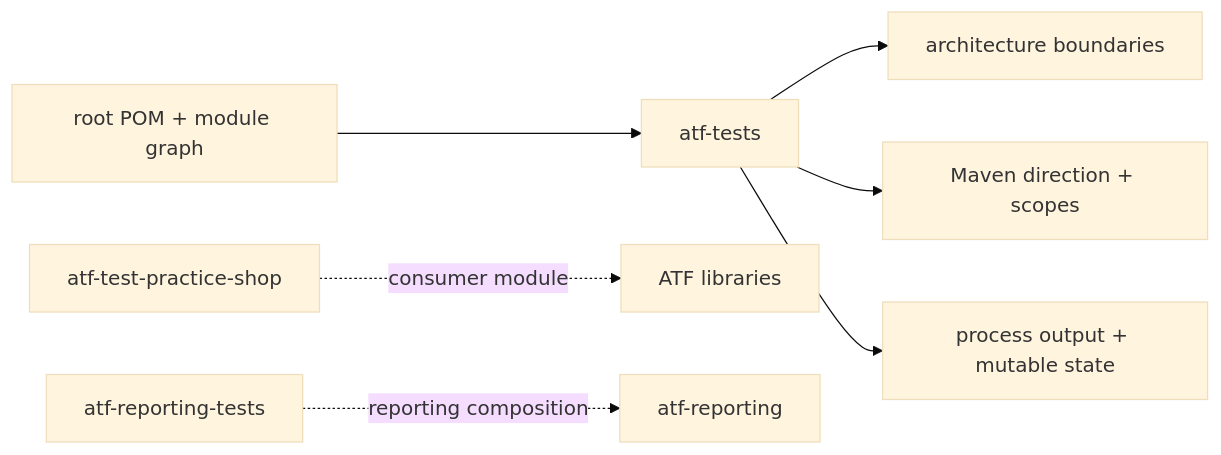
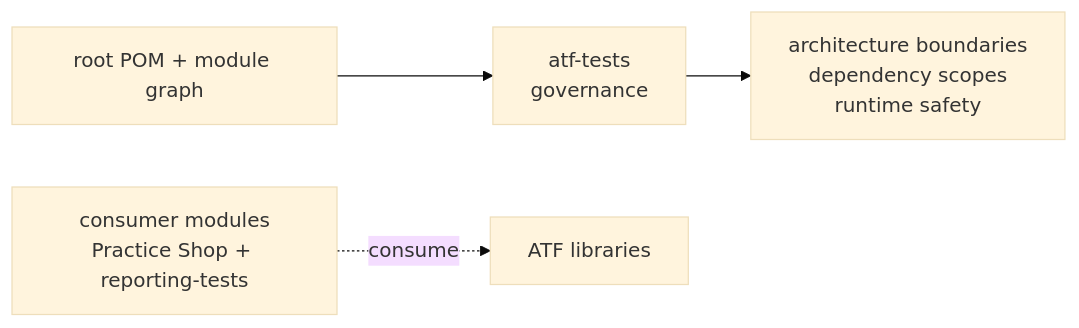
The diagram in atf-tests/README.md (crististefanita/demo2), drawn with Mermaid (base theme) before and after one commit. The commit also changed other lines of this file and 107 other files, not shown here.

Commit message:
Refine Java ATF API reporting and Practice Shop

````diff
--- a/atf-tests/README.md
+++ b/atf-tests/README.md
@@ -13,9 +13,6 @@
 ```mermaid
 flowchart LR
-    Root[root POM + module graph] --> Gates[atf-tests]
-    Gates --> Architecture[architecture boundaries]
-    Gates --> Dependencies[Maven direction + scopes]
-    Gates --> Runtime[process output + mutable state]
-    Shop[atf-test-practice-shop] -. consumer module .-> Core[ATF libraries]
-    Reporting[atf-reporting-tests] -. reporting composition .-> ReportingLib[atf-reporting]
+    Root[root POM + module graph] --> Gates[atf-tests<br/>governance]
+    Gates --> Checks[architecture boundaries<br/>dependency scopes<br/>runtime safety]
+    Consumers[consumer modules<br/>Practice Shop + reporting-tests] -. consume .-> Libraries[ATF libraries]
 ```
````
